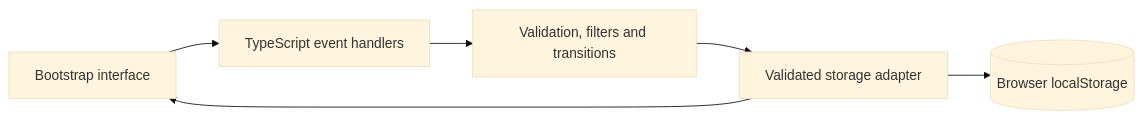
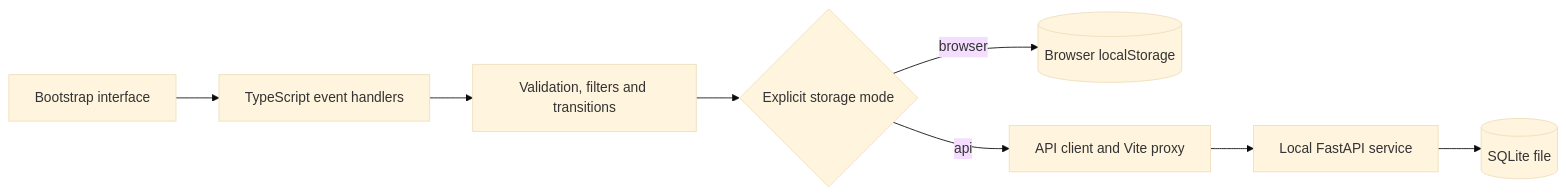
The diagram in README.md (JoseStud/mesa-support-desk), drawn with Mermaid (base theme) before and after one commit. The commit also changed other lines of this file and 31 other files, not shown here.

Commit message:
feat: integrate persistent FastAPI and SQLite request workflow

````diff
--- a/README.md
+++ b/README.md
@@ -64,8 +95,10 @@
 ```mermaid
 flowchart LR
   UI[Bootstrap interface] --> Events[TypeScript event handlers]
   Events --> Domain[Validation, filters and transitions]
-  Domain --> Save[Validated storage adapter]
-  Save --> Browser[(Browser localStorage)]
-  Save --> UI
+  Domain --> Mode{Explicit storage mode}
+  Mode -->|browser| Browser[(Browser localStorage)]
+  Mode -->|api| HTTP[API client and Vite proxy]
+  HTTP --> API[Local FastAPI service]
+  API --> Database[(SQLite file)]
 ```
````
